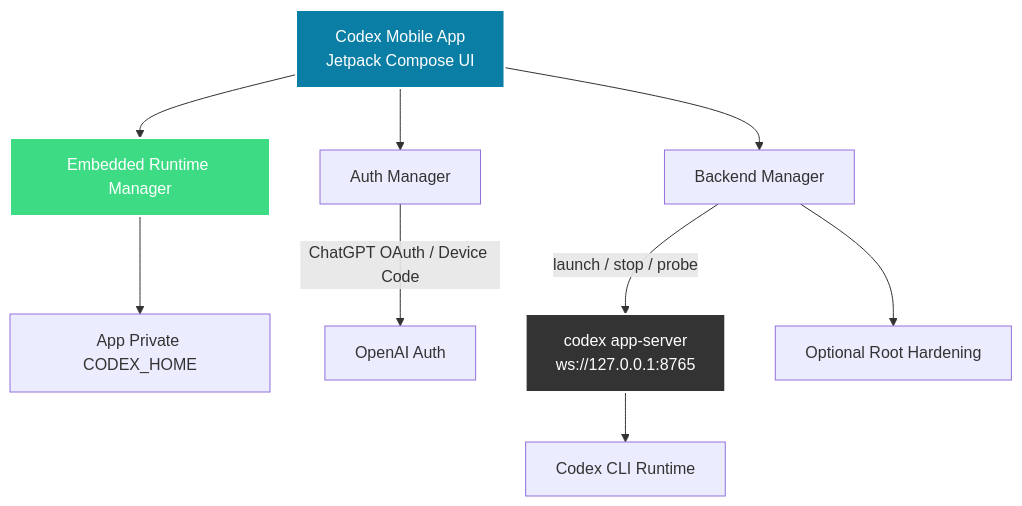
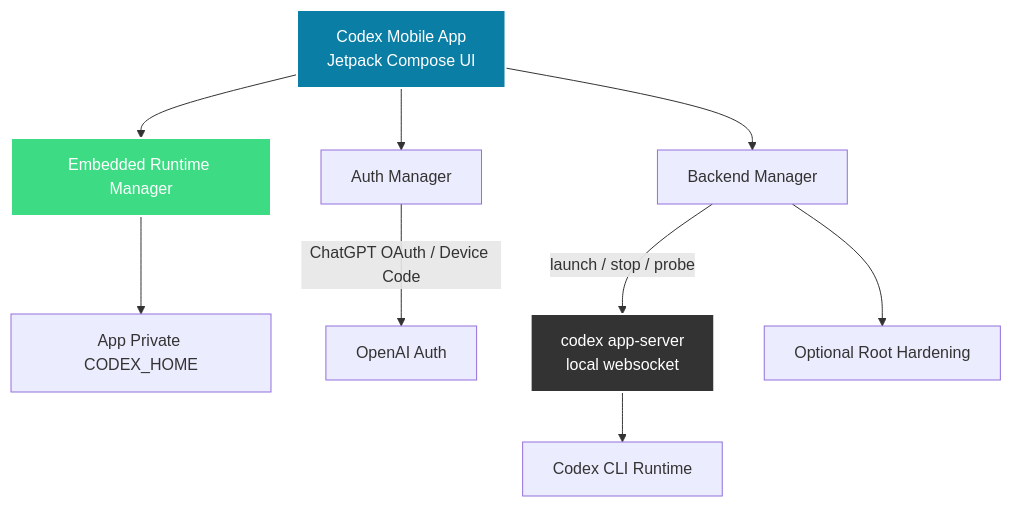
One commit to aeewws/codex-mobile-oneapk changed the diagram in README.en.md. Above: the diagram before and after it, drawn with Mermaid. The commit also changed other lines of this file and 3 other files, not shown here.

````diff
--- a/README.en.md
+++ b/README.en.md
@@ -83,15 +83,15 @@
 ```mermaid
 graph TD
     A[Codex Mobile App<br>Jetpack Compose UI] --> B[Embedded Runtime Manager]
     B --> C[App Private CODEX_HOME]
     A --> D[Auth Manager]
     A --> E[Backend Manager]
     D -->|ChatGPT OAuth / Device Code| F[OpenAI Auth]
-    E -->|launch / stop / probe| G[codex app-server<br>ws://127.0.0.1:8765]
+    E -->|launch / stop / probe| G[codex app-server<br>local websocket]
     G --> H[Codex CLI Runtime]
     E --> I[Optional Root Hardening]
 
     style A fill:#0A7EA4,stroke:#fff,stroke-width:2px,color:#fff
     style B fill:#3DDC84,stroke:#fff,stroke-width:2px,color:#fff
     style G fill:#333,stroke:#fff,stroke-width:2px,color:#fff
 ```
````
